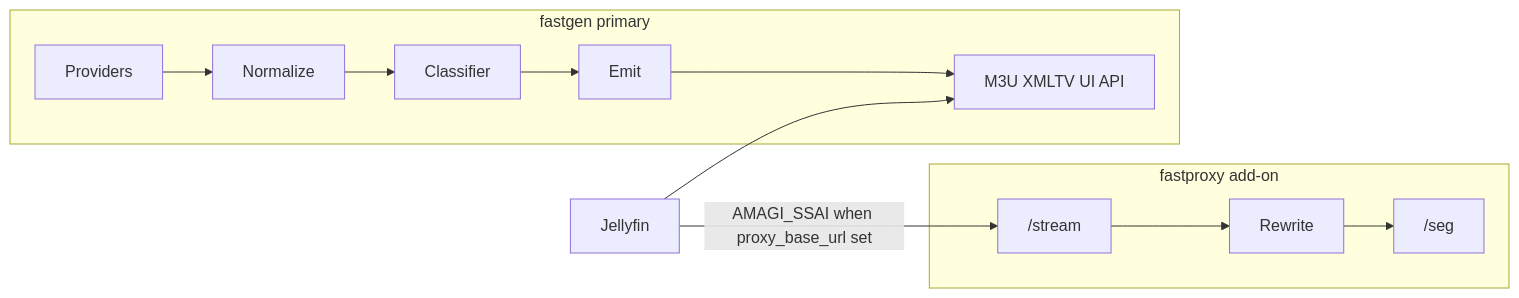
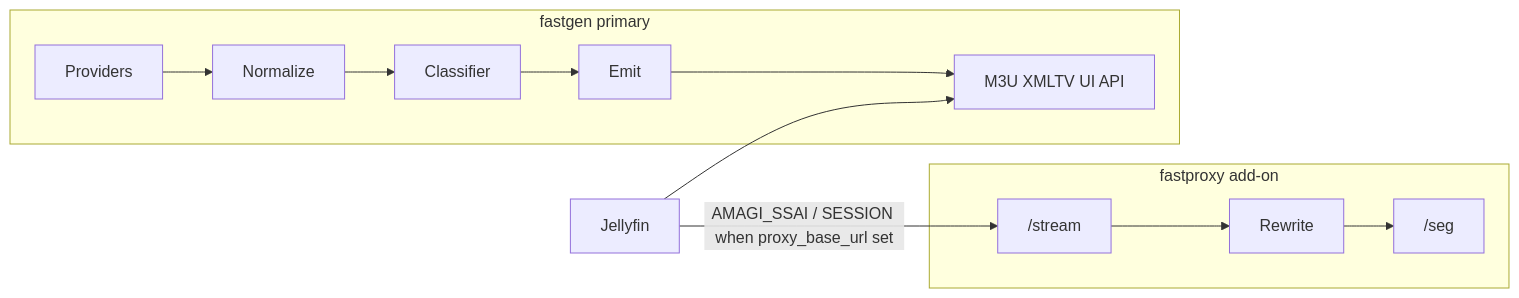
The first of 2 diagrams in docs/ARCHITECTURE.md (aurum-alpha/gofast), drawn with Mermaid before and after one commit. The commit also changed other lines of this file and 23 other files, not shown here.

First line of the commit message:
Add SESSION DAI mint, terminology glossary, and Amagi L1 when proxied.

````diff
--- a/docs/ARCHITECTURE.md
+++ b/docs/ARCHITECTURE.md
@@ -29,14 +29,14 @@
 ```mermaid
 flowchart LR
   subgraph gen [fastgen primary]
     Providers --> Normalize
     Normalize --> Classifier
     Classifier --> Emit
     Emit --> HTTP["M3U XMLTV UI API"]
   end
   subgraph proxy [fastproxy add-on]
     Stream["/stream"] --> Rewrite --> Seg["/seg"]
   end
   Jellyfin --> HTTP
-  Jellyfin -->|"AMAGI_SSAI when proxy_base_url set"| Stream
+  Jellyfin -->|"AMAGI_SSAI / SESSION when proxy_base_url set"| Stream
 ```
````
